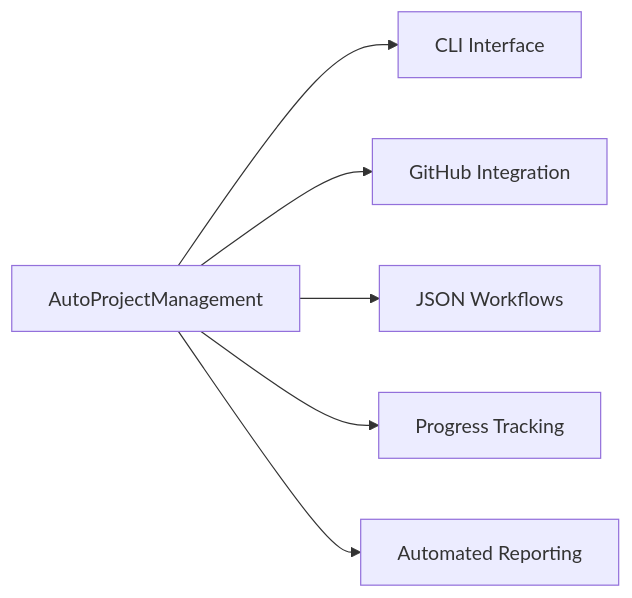
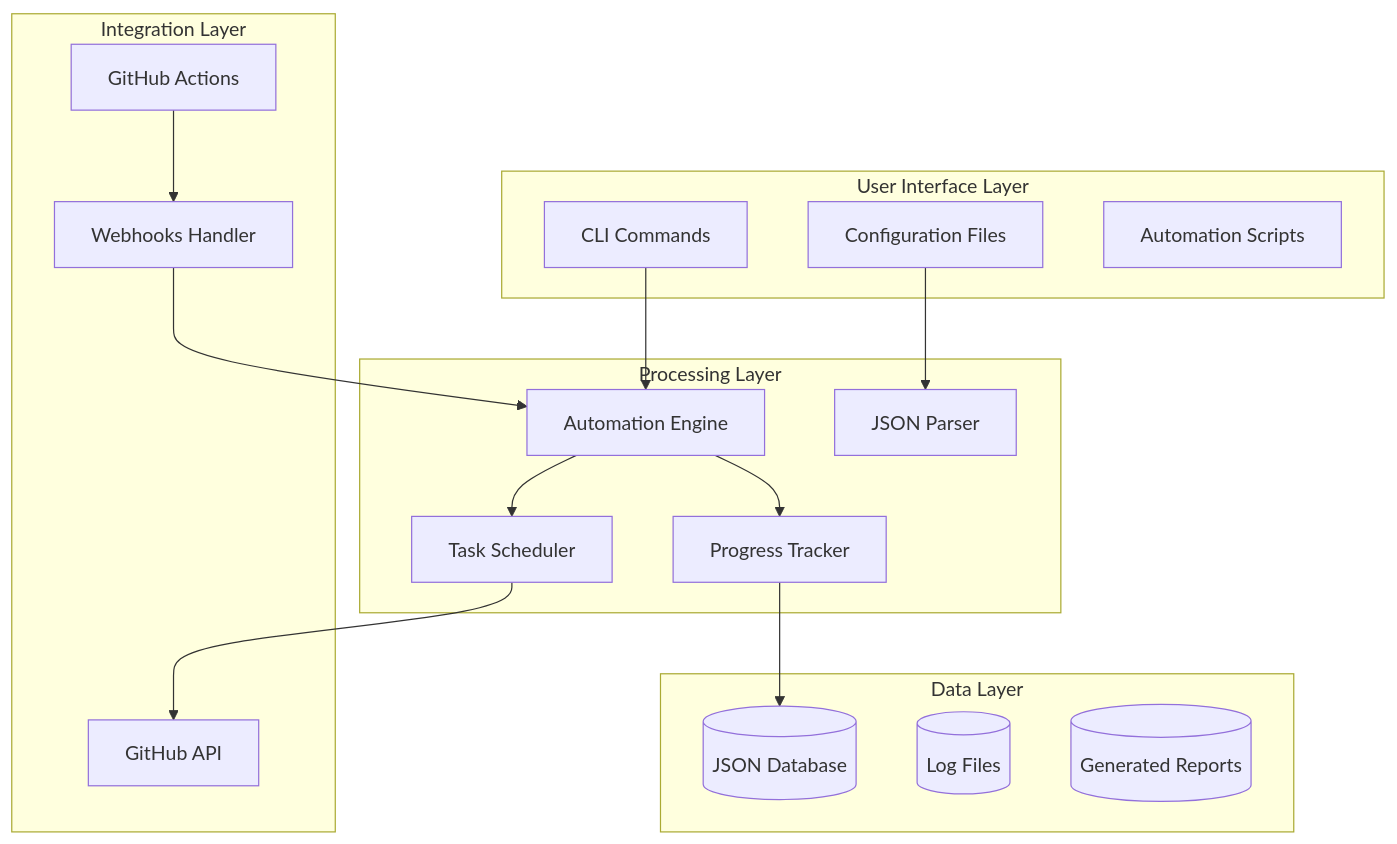
The second of 11 diagrams in README.md (Shakour-Data/AutoProjectManagement), drawn with Mermaid before and after one commit. The commit also changed other lines of this file, not shown here.

Commit message:
`Added detailed system architecture documentation, including Mermaid diagrams, BPMN diagrams, data flow diagrams, and UML diagrams, to provide a comprehensive overview of the AutoProjectManagement system.`

````diff
--- a/README.md
+++ b/README.md
@@ -35,8 +37,36 @@
 ```mermaid
-graph LR
-    A[AutoProjectManagement] --> B[CLI Interface]
-    A --> C[GitHub Integration]
-    A --> D[JSON Workflows]
-    A --> E[Progress Tracking]
-    A --> F[Automated Reporting]
+graph TB
+    subgraph "User Interface Layer"
+        CLI[CLI Commands]
+        Config[Configuration Files]
+        Scripts[Automation Scripts]
+    end
+    
+    subgraph "Processing Layer"
+        Engine[Automation Engine]
+        Parser[JSON Parser]
+        Scheduler[Task Scheduler]
+        Tracker[Progress Tracker]
+    end
+    
+    subgraph "Integration Layer"
+        GitHubAPI[GitHub API]
+        Actions[GitHub Actions]
+        Webhooks[Webhooks Handler]
+    end
+    
+    subgraph "Data Layer"
+        JSONDB[(JSON Database)]
+        Logs[(Log Files)]
+        Reports[(Generated Reports)]
+    end
+    
+    CLI --> Engine
+    Config --> Parser
+    Engine --> Scheduler
+    Scheduler --> GitHubAPI
+    Engine --> Tracker
+    Tracker --> JSONDB
+    Actions --> Webhooks
+    Webhooks --> Engine
 ```
````
